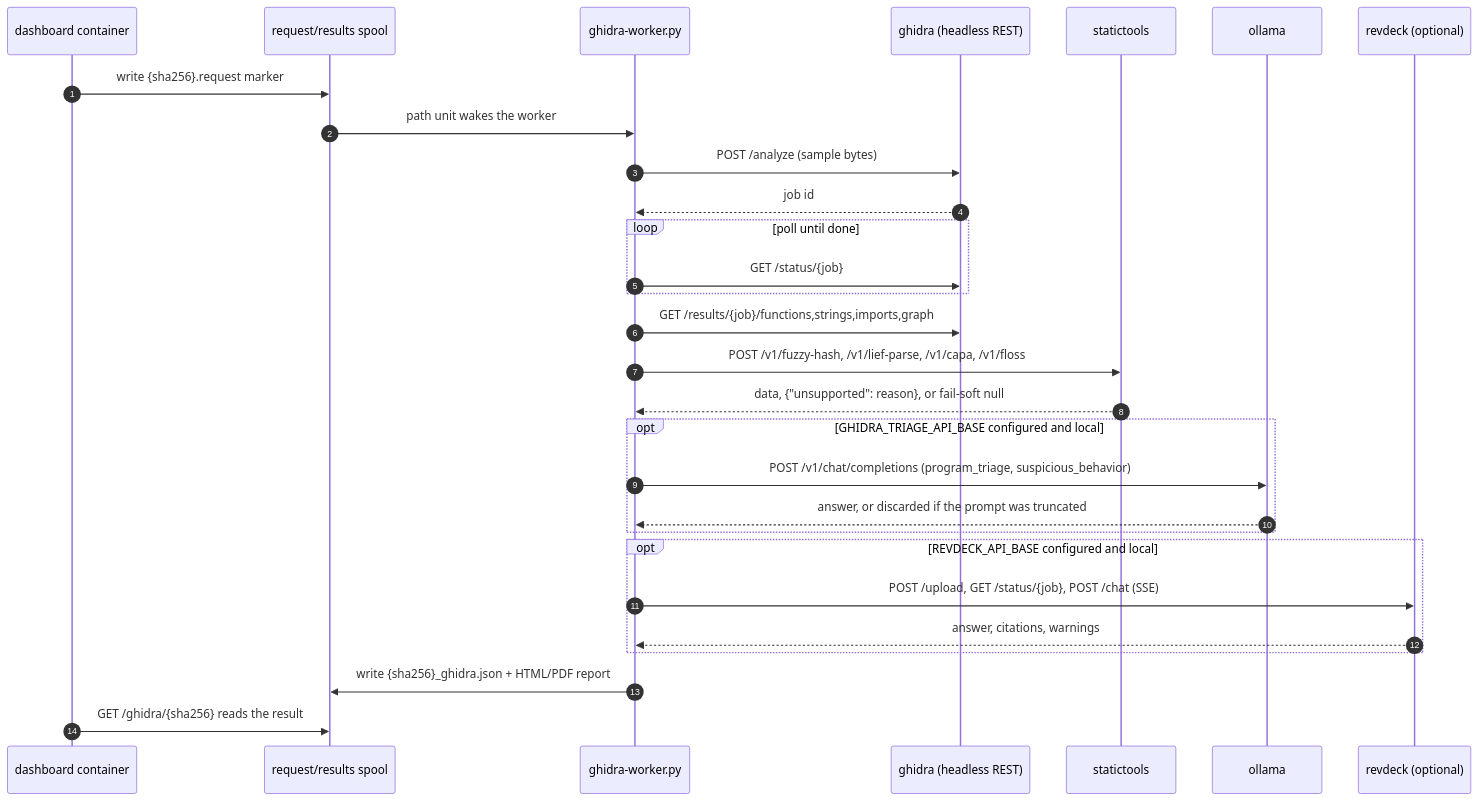
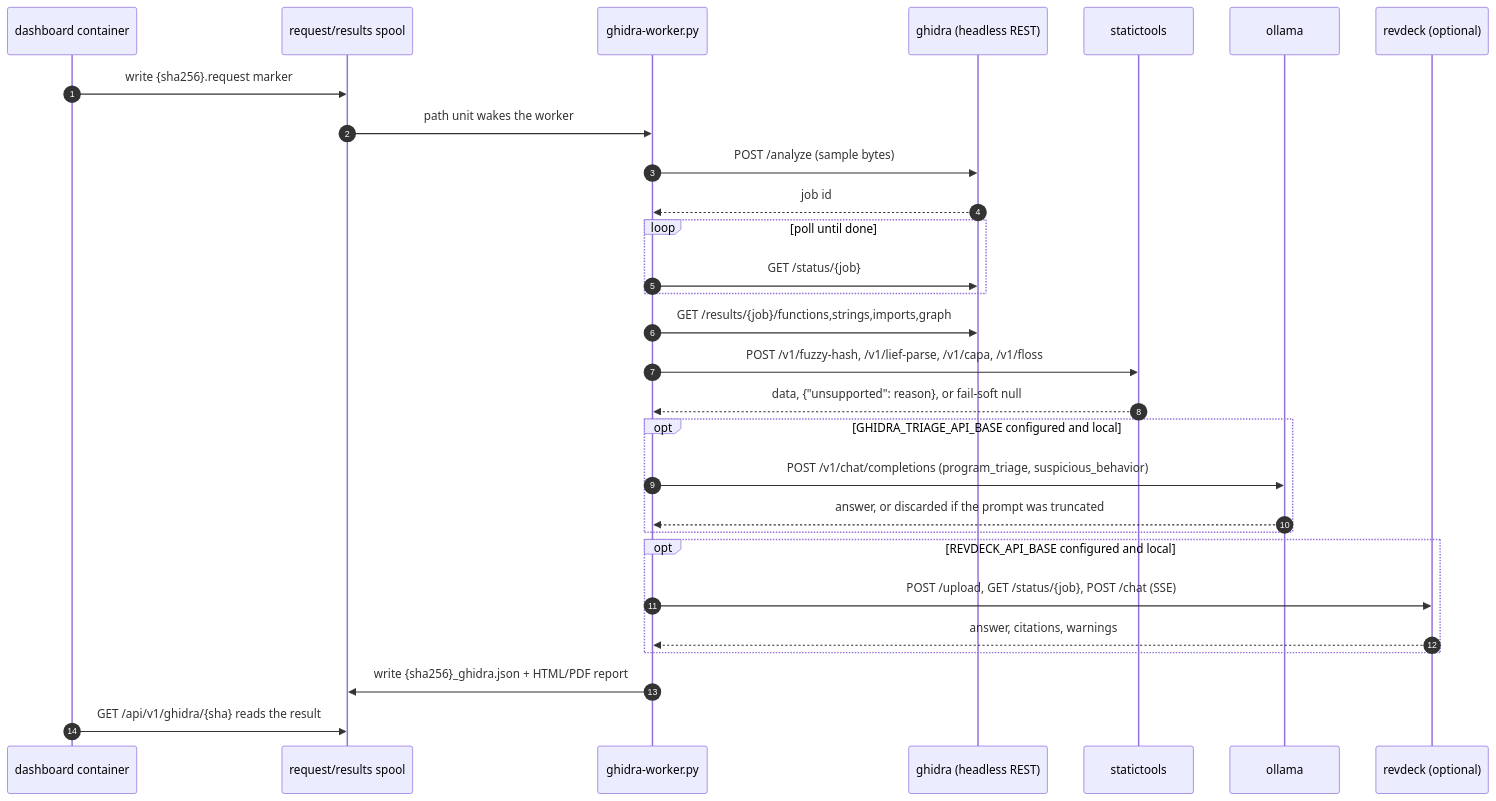
Before and after one commit to Xore/APIARY: the second of 2 diagrams in docs/analysis/ghidra/README.md, drawn with Mermaid. The commit also changed other lines of this file and 84 other files, not shown here.

First line of the commit message:
docs: reconcile 43 markdown files with the current repository state, and gate diagram/link rot (#3398)

````diff
--- a/docs/analysis/ghidra/README.md
+++ b/docs/analysis/ghidra/README.md
@@ -112,32 +112,32 @@
 ```mermaid
 sequenceDiagram
   autonumber
   participant Dashboard as dashboard container
   participant Spool as request/results spool
   participant Worker as ghidra-worker.py
   participant Ghidra as ghidra (headless REST)
   participant Static as statictools
   participant Ollama as ollama
   participant RevDeck as revdeck (optional)
 
   Dashboard->>Spool: write {sha256}.request marker
   Spool->>Worker: path unit wakes the worker
   Worker->>Ghidra: POST /analyze (sample bytes)
   Ghidra-->>Worker: job id
   loop poll until done
     Worker->>Ghidra: GET /status/{job}
   end
   Worker->>Ghidra: GET /results/{job}/functions,strings,imports,graph
   Worker->>Static: POST /v1/fuzzy-hash, /v1/lief-parse, /v1/capa, /v1/floss
   Static-->>Worker: data, {"unsupported": reason}, or fail-soft null
   opt GHIDRA_TRIAGE_API_BASE configured and local
     Worker->>Ollama: POST /v1/chat/completions (program_triage, suspicious_behavior)
     Ollama-->>Worker: answer, or discarded if the prompt was truncated
   end
   opt REVDECK_API_BASE configured and local
     Worker->>RevDeck: POST /upload, GET /status/{job}, POST /chat (SSE)
     RevDeck-->>Worker: answer, citations, warnings
   end
   Worker->>Spool: write {sha256}_ghidra.json + HTML/PDF report
-  Dashboard->>Spool: GET /ghidra/{sha256} reads the result
+  Dashboard->>Spool: GET /api/v1/ghidra/{sha} reads the result
 ```
````
